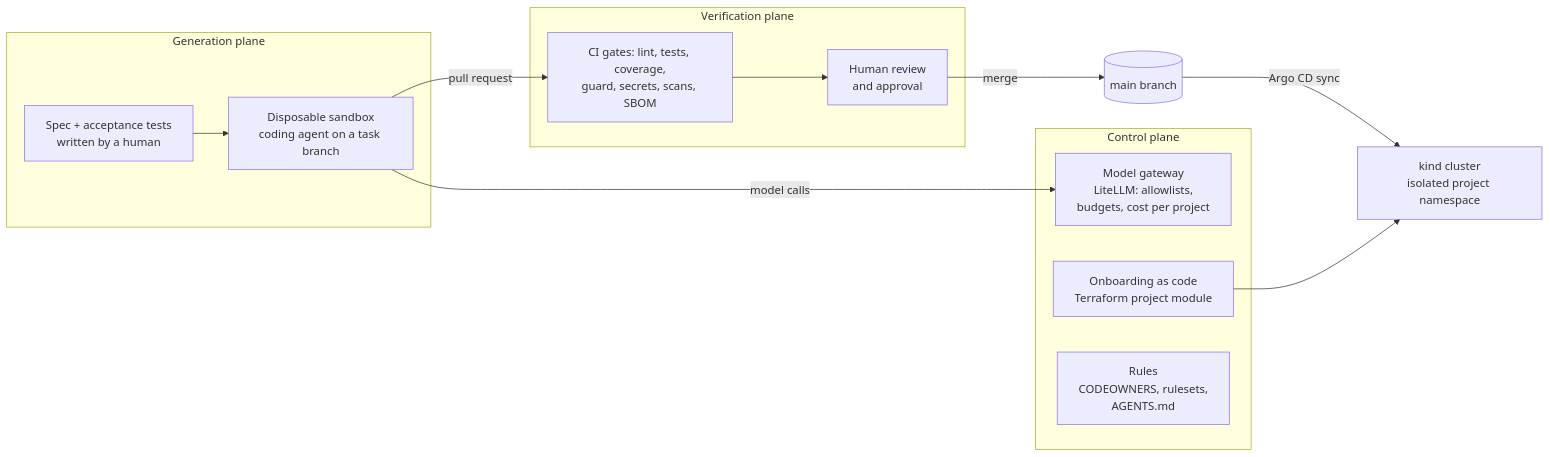
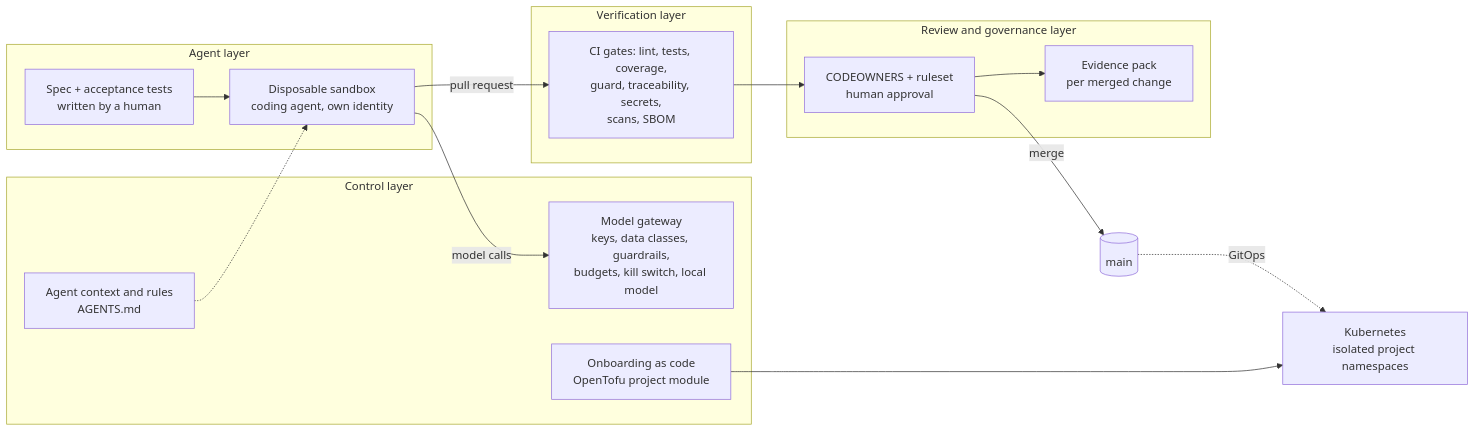
Before and after one commit to sdl-factory/mini-ai-factory: the diagram in README.md, drawn with Mermaid. The commit also changed other lines of this file, not shown here.

````diff
--- a/README.md
+++ b/README.md
@@ -13,19 +13,24 @@
 ```mermaid
 flowchart LR
-    subgraph CP[Control plane]
-        GW[Model gateway<br/>LiteLLM: allowlists,<br/>budgets, cost per project]
-        TF[Onboarding as code<br/>Terraform project module]
-        POL[Rules<br/>CODEOWNERS, rulesets,<br/>AGENTS.md]
+    subgraph AL[Agent layer]
+        SPEC[Spec + acceptance tests<br/>written by a human] --> SB[Disposable sandbox<br/>coding agent, own identity]
     end
-    subgraph GP[Generation plane]
-        SPEC[Spec + acceptance tests<br/>written by a human] --> SB[Disposable sandbox<br/>coding agent on a task branch]
+    subgraph CL[Control layer]
+        GW[Model gateway<br/>keys, data classes, guardrails,<br/>budgets, kill switch, local model]
+        TF[Onboarding as code<br/>OpenTofu project module]
+        CTX[Agent context and rules<br/>AGENTS.md]
     end
-    subgraph VP[Verification plane]
-        CI[CI gates: lint, tests, coverage,<br/>guard, secrets, scans, SBOM] --> HR[Human review<br/>and approval]
+    subgraph VL[Verification layer]
+        CI[CI gates: lint, tests, coverage,<br/>guard, traceability, secrets,<br/>scans, SBOM]
     end
+    subgraph GL[Review and governance layer]
+        HR[CODEOWNERS + ruleset<br/>human approval] --> EV[Evidence pack<br/>per merged change]
+    end
+    CTX -.-> SB
     SB -- model calls --> GW
     SB -- pull request --> CI
-    HR -- merge --> GIT[(main branch)]
-    GIT -- Argo CD sync --> K8S[kind cluster<br/>isolated project namespace]
-    TF --> K8S
+    CI --> HR
+    HR -- merge --> GIT[(main)]
+    TF --> K8S[Kubernetes<br/>isolated project namespaces]
+    GIT -. GitOps .-> K8S
 ```
````
